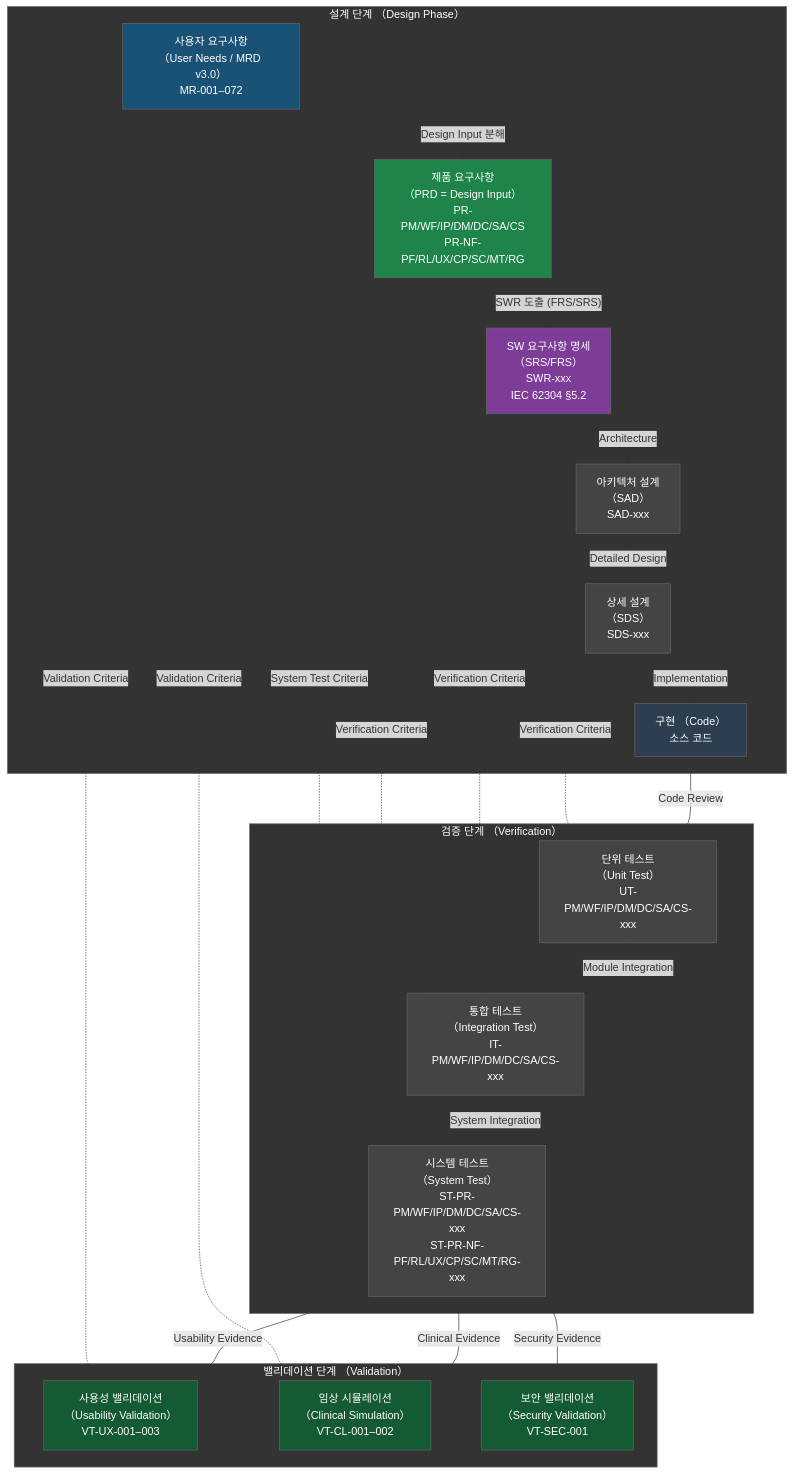
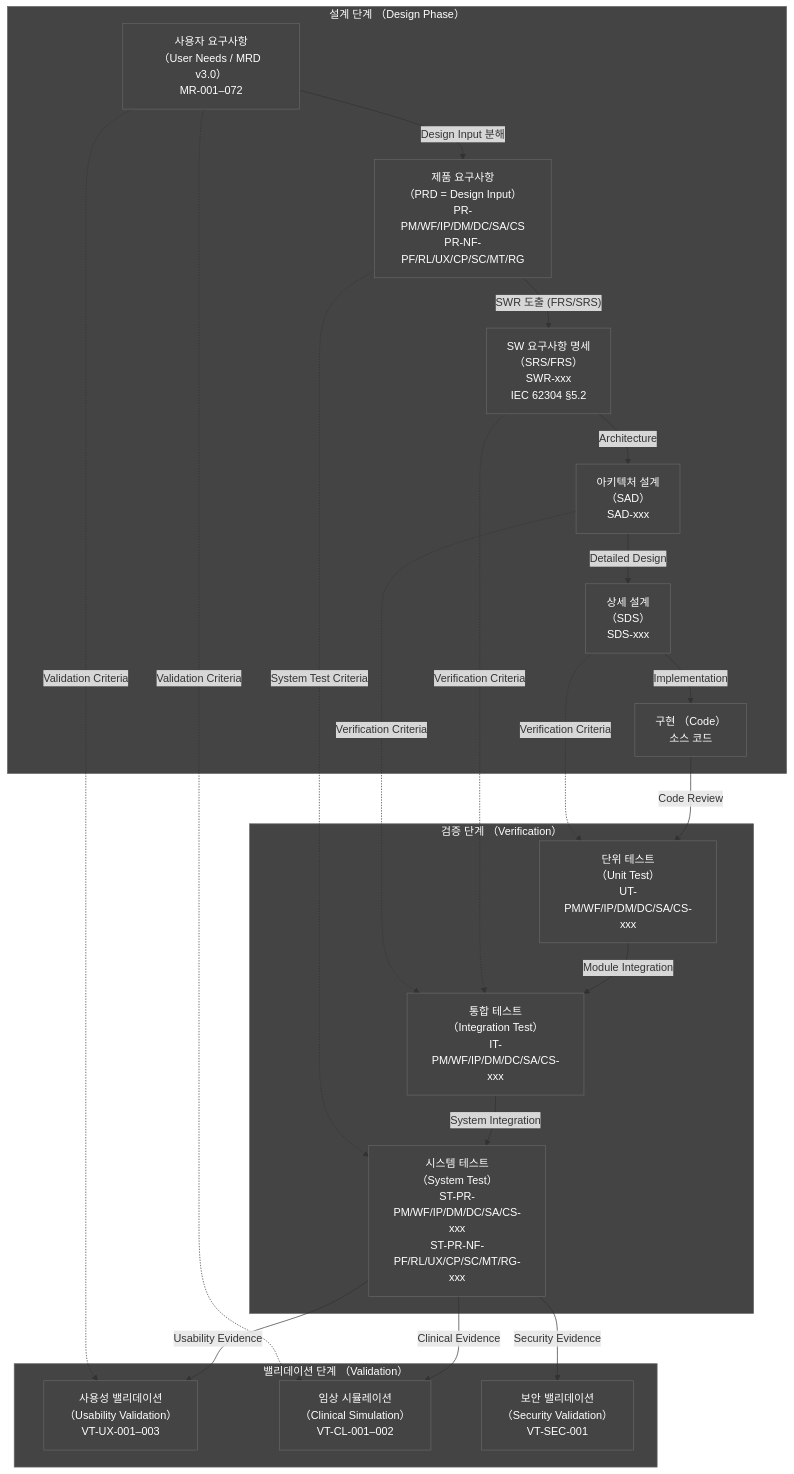
Diagram 13 of 16 in docs/planning/DOC-002_PRD_v2.0.md (holee9/console-gui), drawn with Mermaid before and after one commit. The commit also changed other lines of this file and 35 other files, not shown here.

First line of the commit message:
fix: 전체 Mermaid 차트 색상 진한 회색 통일

````diff
--- a/docs/planning/DOC-002_PRD_v2.0.md
+++ b/docs/planning/DOC-002_PRD_v2.0.md
@@ -1175,55 +1175,55 @@
 ```mermaid
 flowchart TD
     classDef default fill:#444,stroke:#666,color:#fff
     subgraph Design["설계 단계 （Design Phase）"]
         UN["사용자 요구사항\n（User Needs / MRD v3.0）\nMR-001–072"]
         PRD_["제품 요구사항\n（PRD = Design Input）\nPR-PM/WF/IP/DM/DC/SA/CS\nPR-NF-PF/RL/UX/CP/SC/MT/RG"]
         SRS_["SW 요구사항 명세\n（SRS/FRS）\nSWR-xxx\nIEC 62304 §5.2"]
         SAD["아키텍처 설계\n（SAD）\nSAD-xxx"]
         SDS["상세 설계\n（SDS）\nSDS-xxx"]
         CODE["구현 （Code）\n소스 코드"]
     end
 
     subgraph Verification["검증 단계 （Verification）"]
         UT["단위 테스트\n（Unit Test）\nUT-PM/WF/IP/DM/DC/SA/CS-xxx"]
         IT["통합 테스트\n（Integration Test）\nIT-PM/WF/IP/DM/DC/SA/CS-xxx"]
         ST["시스템 테스트\n（System Test）\nST-PR-PM/WF/IP/DM/DC/SA/CS-xxx\nST-PR-NF-PF/RL/UX/CP/SC/MT/RG-xxx"]
     end
 
     subgraph Validation["밸리데이션 단계 （Validation）"]
         VT_UX["사용성 밸리데이션\n（Usability Validation）\nVT-UX-001–003"]
         VT_CL["임상 시뮬레이션\n（Clinical Simulation）\nVT-CL-001–002"]
         VT_SEC["보안 밸리데이션\n（Security Validation）\nVT-SEC-001"]
     end
 
     UN -->|"Design Input 분해"| PRD_
     PRD_ -->|"SWR 도출 (FRS/SRS)"| SRS_
     SRS_ -->|"Architecture"| SAD
     SAD -->|"Detailed Design"| SDS
     SDS -->|"Implementation"| CODE
 
     CODE -->|Code Review| UT
     UT -->|Module Integration| IT
     IT -->|System Integration| ST
     ST -->|Clinical Evidence| VT_CL
     ST -->|Usability Evidence| VT_UX
     ST -->|Security Evidence| VT_SEC
 
     UN -.->|Validation Criteria| VT_UX
     UN -.->|Validation Criteria| VT_CL
     PRD_ -.->|System Test Criteria| ST
     SRS_ -.->|Verification Criteria| IT
     SAD -.->|Verification Criteria| IT
     SDS -.->|Verification Criteria| UT
 
-    style UN fill:#1a5276,color:#fff
-    style PRD_ fill:#1e8449,color:#fff
-    style SRS_ fill:#7d3c98,color:#fff
-    style CODE fill:#2c3e50,color:#fff
-    style VT_CL fill:#145a32,color:#fff
-    style VT_UX fill:#145a32,color:#fff
-    style VT_SEC fill:#145a32,color:#fff
-    style Design fill:#333,stroke:#666,color:#fff
-    style Verification fill:#333,stroke:#666,color:#fff
-    style Validation fill:#333,stroke:#666,color:#fff
+    style UN fill:#444,color:#fff
+    style PRD_ fill:#444,color:#fff
+    style SRS_ fill:#444,color:#fff
+    style CODE fill:#444,color:#fff
+    style VT_CL fill:#444,color:#fff
+    style VT_UX fill:#444,color:#fff
+    style VT_SEC fill:#444,color:#fff
+    style Design fill:#444,stroke:#666,color:#fff
+    style Verification fill:#444,stroke:#666,color:#fff
+    style Validation fill:#444,stroke:#666,color:#fff
 ```
````
